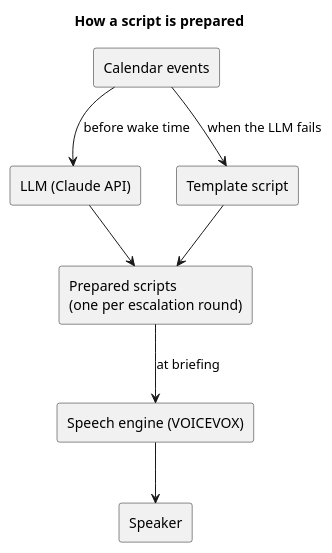
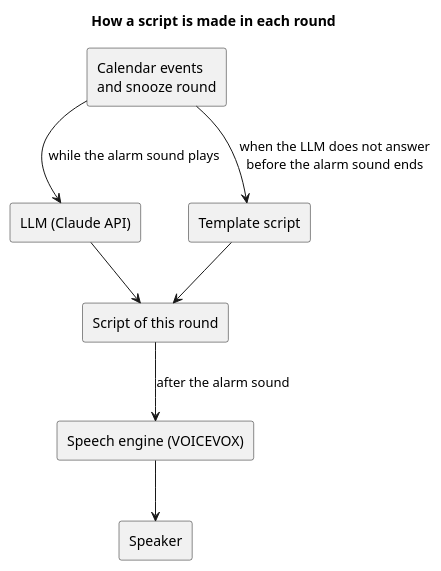
Before and after one commit to cloveclovedev/press-start: the diagram in docs/ja/requirements/brief/overview.puml, drawn with PlantUML. The commit also changed 3 other files, not shown here.

First line of the commit message:
docs(requirements): make each script while the alarm sound plays and record it

```diff
--- a/docs/ja/requirements/brief/overview.puml
+++ b/docs/ja/requirements/brief/overview.puml
@@ -1,19 +1,19 @@
 @startuml overview
-title How a script is prepared
+title How a script is made in each round
 skinparam shadowing false
 skinparam componentStyle rectangle
 
-[Calendar events] as events
+[Calendar events\nand snooze round] as events
 [LLM (Claude API)] as llm
 [Template script] as template
-[Prepared scripts\n(one per escalation round)] as scripts
+[Script of this round] as script
 [Speech engine (VOICEVOX)] as tts
 [Speaker] as speaker
 
-events --> llm : before wake time
-events --> template : when the LLM fails
-llm --> scripts
-template --> scripts
-scripts --> tts : at briefing
+events --> llm : while the alarm sound plays
+events --> template : when the LLM does not answer\nbefore the alarm sound ends
+llm --> script
+template --> script
+script --> tts : after the alarm sound
 tts --> speaker
 @enduml
```
